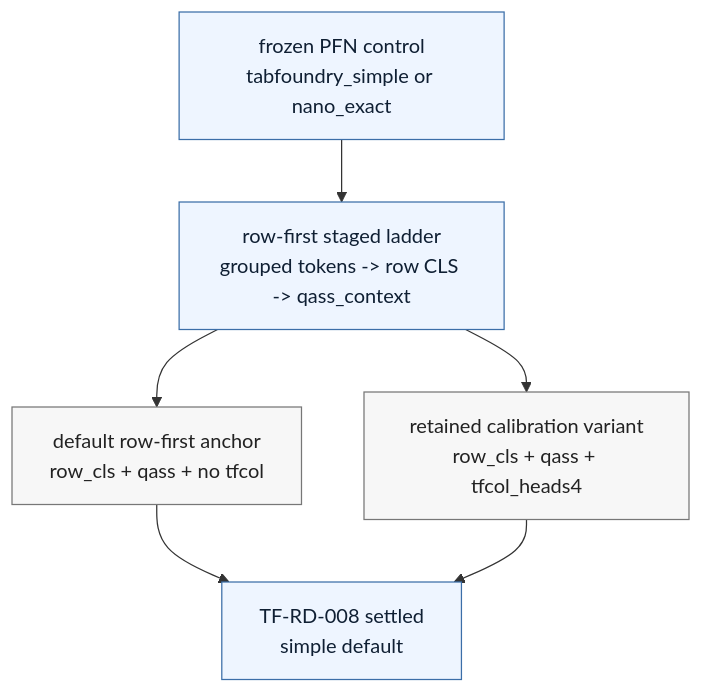
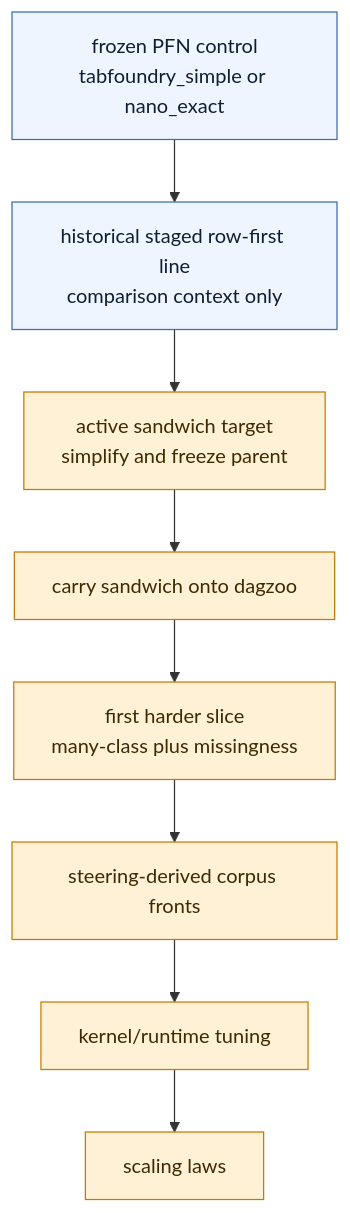
Before and after one commit to bensonlee5/tab-foundry: the sixth of 6 diagrams in docs/development/architecture-deltas.md, drawn with Mermaid. The commit also changed other lines of this file and 8 other files, not shown here.

Commit message:
refresh roadmap and update model architecture pages

````diff
--- a/docs/development/architecture-deltas.md
+++ b/docs/development/architecture-deltas.md
@@ -438,13 +351,15 @@
 ```mermaid
 flowchart TD
-    ctrl[frozen PFN control<br/>tabfoundry_simple or nano_exact] --> ladder[row-first staged ladder<br/>grouped tokens -> row CLS -> qass_context]
-    ladder --> def[default row-first anchor<br/>row_cls + qass + no tfcol]
-    ladder --> cal[retained calibration variant<br/>row_cls + qass + tfcol_heads4]
-    def --> settle[TF-RD-008 settled<br/>simple default]
-    cal --> settle
+    ctrl[frozen PFN control<br/>tabfoundry_simple or nano_exact] --> hist[historical staged row-first line<br/>comparison context only]
+    hist --> sand[active sandwich target<br/>simplify and freeze parent]
+    sand --> dag[carry sandwich onto dagzoo]
+    dag --> hard[first harder slice<br/>many-class plus missingness]
+    hard --> steer[steering-derived corpus fronts]
+    steer --> rt[kernel/runtime tuning]
+    rt --> scale[scaling laws]
 
     classDef neutral fill:#eef5ff,stroke:#3b6ea8,color:#0f1f33;
-    classDef branch fill:#f7f7f7,stroke:#777,color:#222;
-    class ctrl,ladder,settle neutral;
-    class def,cal branch;
+    classDef active fill:#fff1d6,stroke:#c67a00,color:#3d2a00;
+    class ctrl,hist neutral;
+    class sand,dag,hard,steer,rt,scale active;
 ```
````
